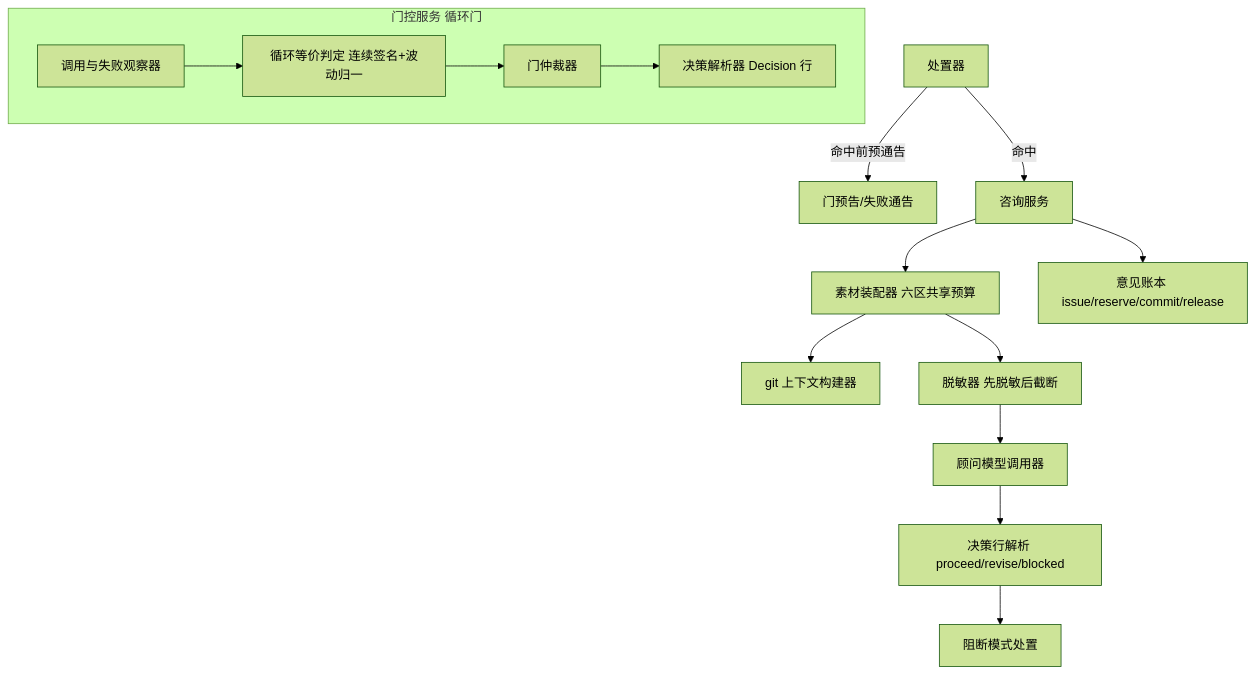
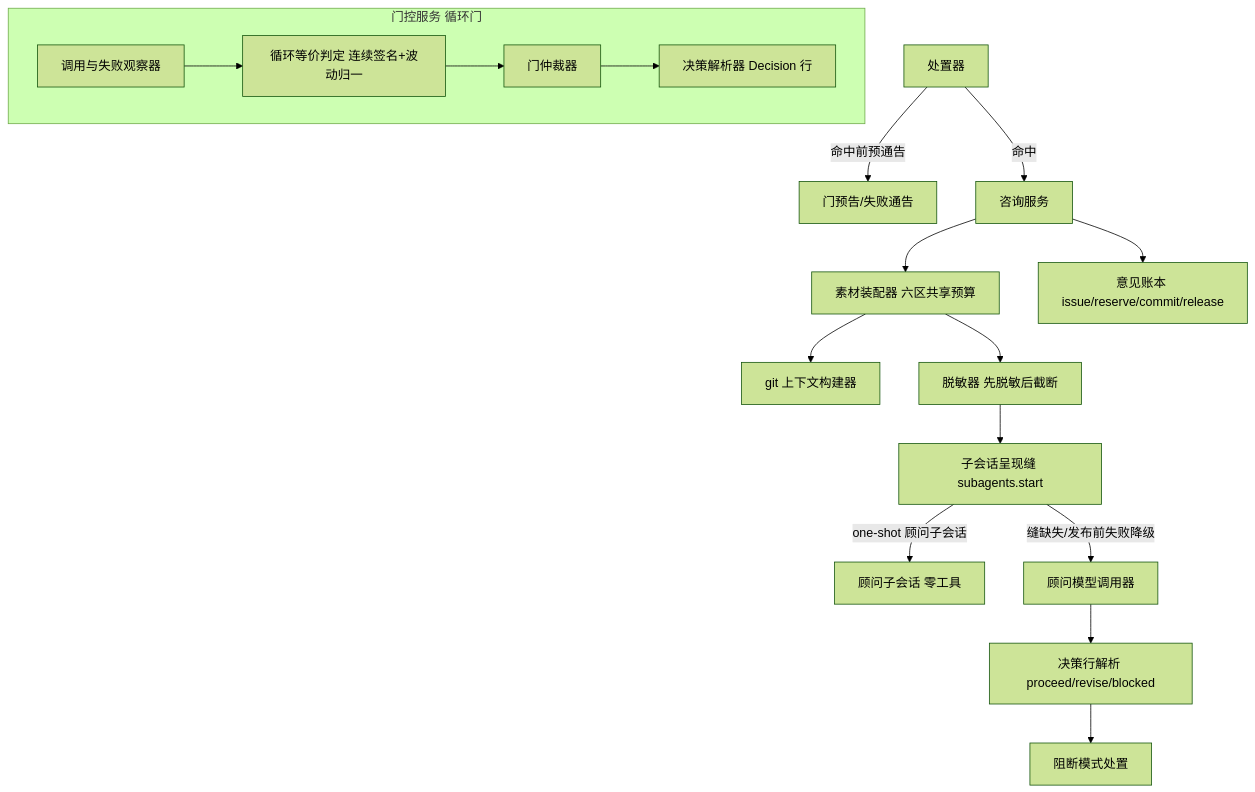
Before and after one commit to ccll/dsh-advisor-flow: the third of 9 diagrams in SOLUTION.md, drawn with Mermaid (forest theme). The commit also changed other lines of this file and 17 other files, not shown here.

First line of the commit message:
⭐ 功能(advisor-flow): 咨询以 one-shot 子会话呈现，直调降级保留

````diff
--- a/SOLUTION.md
+++ b/SOLUTION.md
@@ -111,17 +112,19 @@
 ```mermaid
 flowchart TB
     subgraph loopgate[门控服务 循环门]
         watcher[调用与失败观察器] --> loopdet[循环等价判定 连续签名+波动归一]
         loopdet --> arbiter[门仲裁器]
         arbiter --> decision[决策解析器 Decision 行]
     end
     arbiter2[处置器] -->|命中前预通告| notify[门预告/失败通告]
     arbiter2 -->|命中| consult[咨询服务]
     consult --> ctxasm[素材装配器 六区共享预算]
     ctxasm --> gitq[git 上下文构建器]
     ctxasm --> redact[脱敏器 先脱敏后截断]
-    redact --> llmcall[顾问模型调用器]
+    redact --> present[子会话呈现缝 subagents.start]
+    present -->|one-shot 顾问子会话| subsession[顾问子会话 零工具]
+    present -->|缝缺失/发布前失败降级| llmcall[顾问模型调用器]
     llmcall --> parse[决策行解析 proceed/revise/blocked]
     parse --> policy[阻断模式处置]
     consult --> ledger[意见账本 issue/reserve/commit/release]
 ```
````
